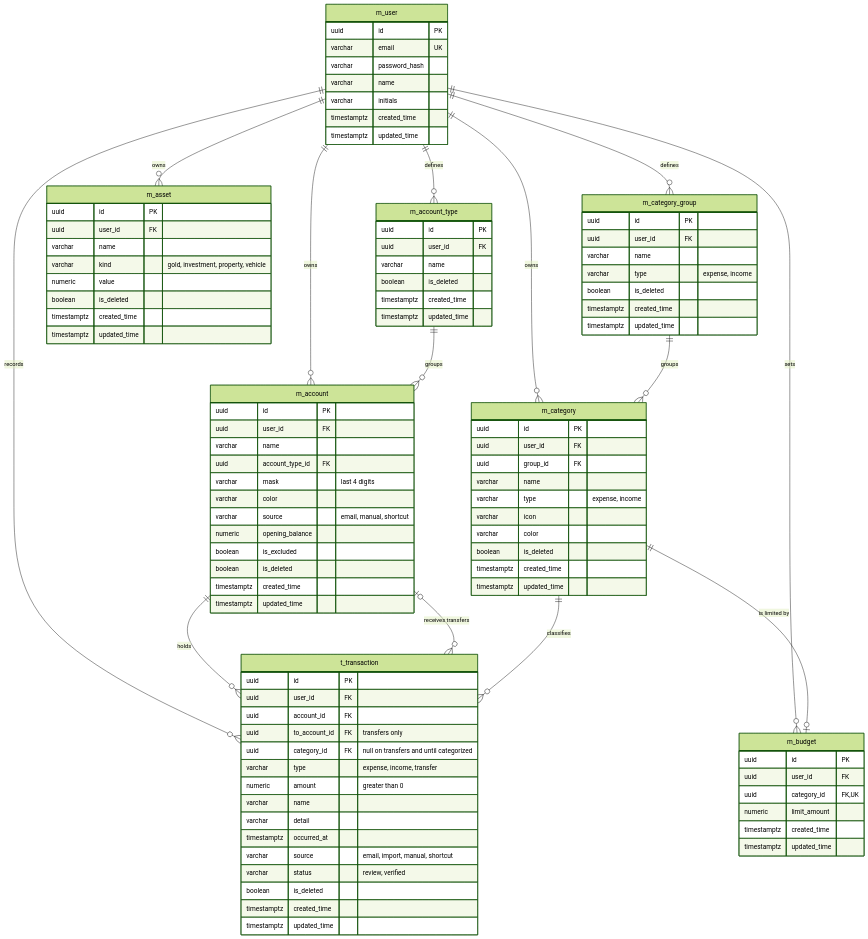
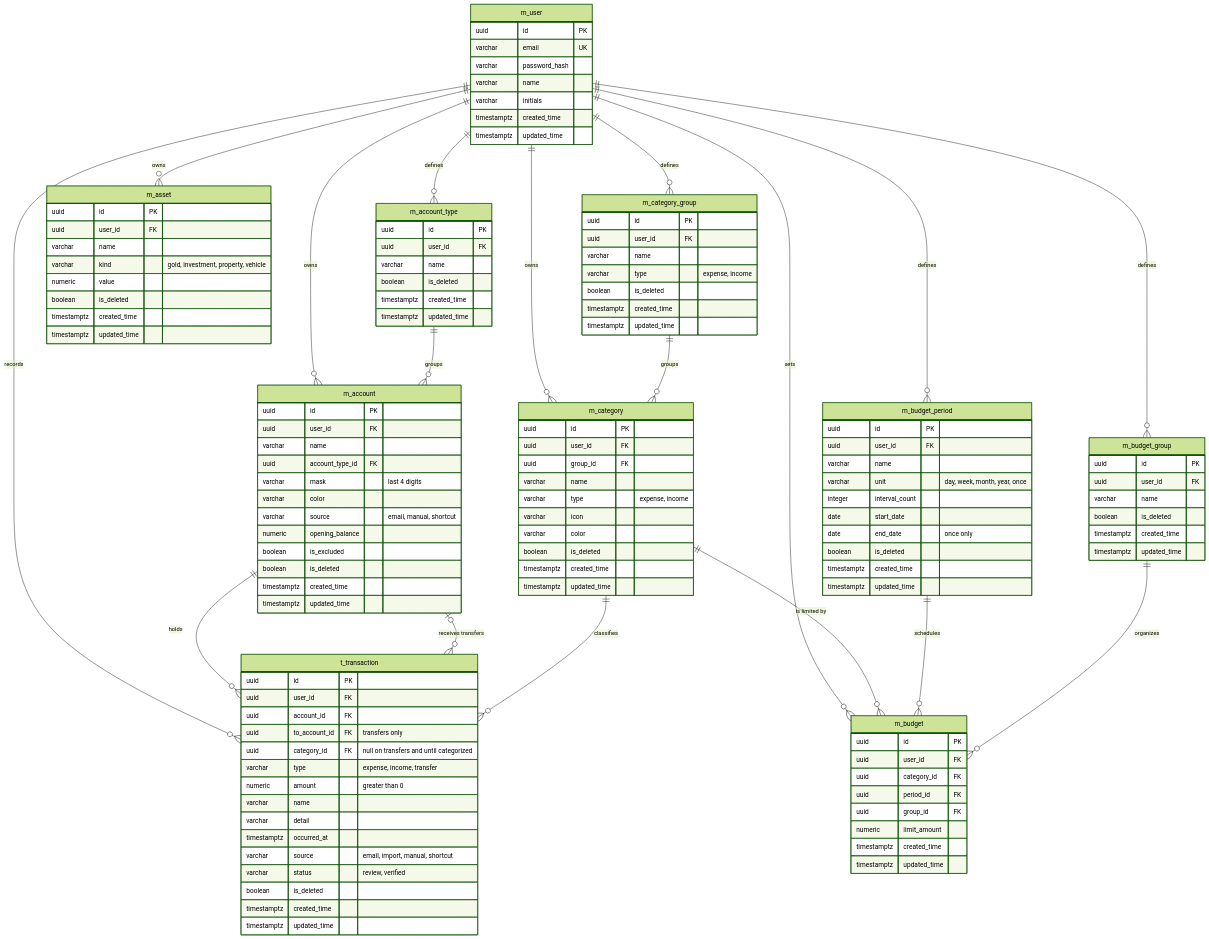
One commit to rendrooy/Fynlo changed the diagram in docs/erd.md. Above: the diagram before and after it, drawn with Mermaid (forest theme). The commit also changed other lines of this file and 21 other files, not shown here.

```diff
--- a/docs/erd.md
+++ b/docs/erd.md
@@ -14,7 +14,11 @@
     m_account ||--o{ t_transaction : "holds"
     m_account |o--o{ t_transaction : "receives transfers"
     m_category ||--o{ t_transaction : "classifies"
-    m_category ||--o| m_budget : "is limited by"
+    m_category ||--o{ m_budget : "is limited by"
+    m_user ||--o{ m_budget_period : defines
+    m_user ||--o{ m_budget_group : defines
+    m_budget_period ||--o{ m_budget : schedules
+    m_budget_group ||--o{ m_budget : organizes
 
     m_user {
         uuid id PK
@@ -87,8 +91,32 @@
     m_budget {
         uuid id PK
         uuid user_id FK
-        uuid category_id FK,UK
+        uuid category_id FK
+        uuid period_id FK
+        uuid group_id FK
         numeric limit_amount
+        timestamptz created_time
+        timestamptz updated_time
+    }
+
+    m_budget_period {
+        uuid id PK
+        uuid user_id FK
+        varchar name
+        varchar unit "day, week, month, year, once"
+        integer interval_count
+        date start_date
+        date end_date "once only"
+        boolean is_deleted
+        timestamptz created_time
+        timestamptz updated_time
+    }
+
+    m_budget_group {
+        uuid id PK
+        uuid user_id FK
+        varchar name
+        boolean is_deleted
         timestamptz created_time
         timestamptz updated_time
     }
```
